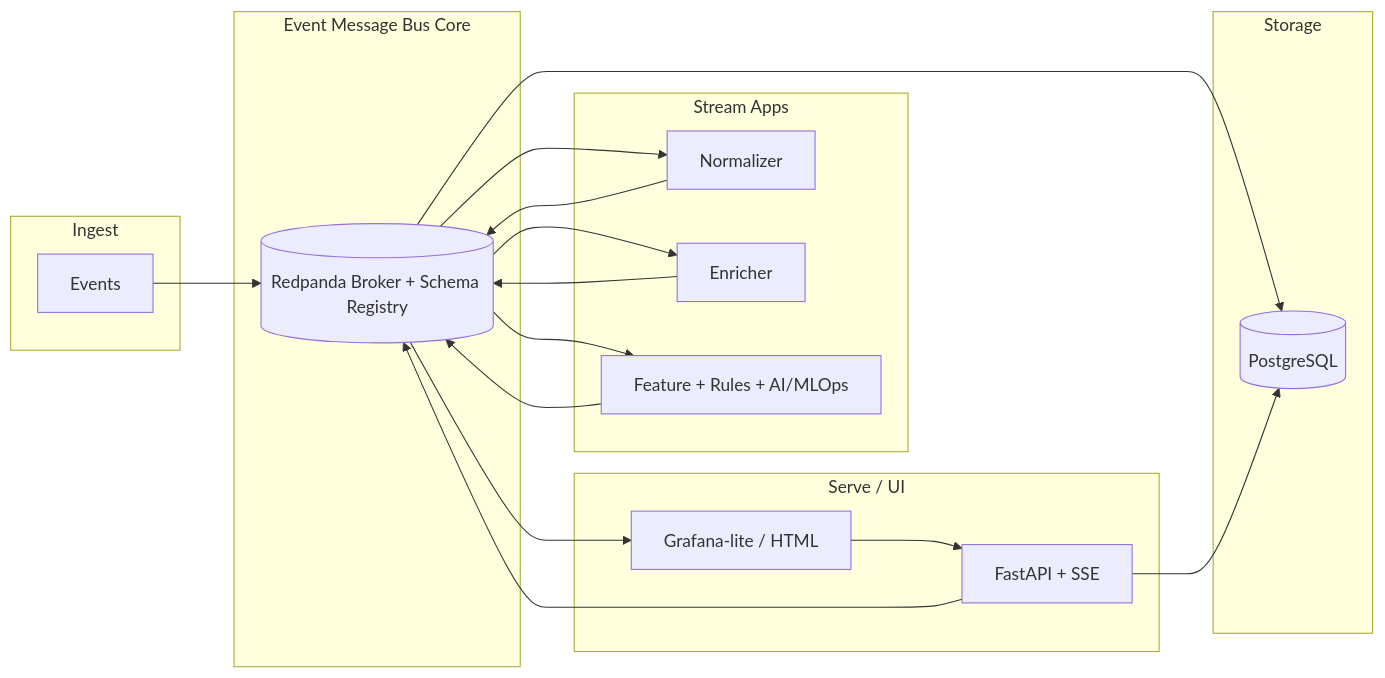
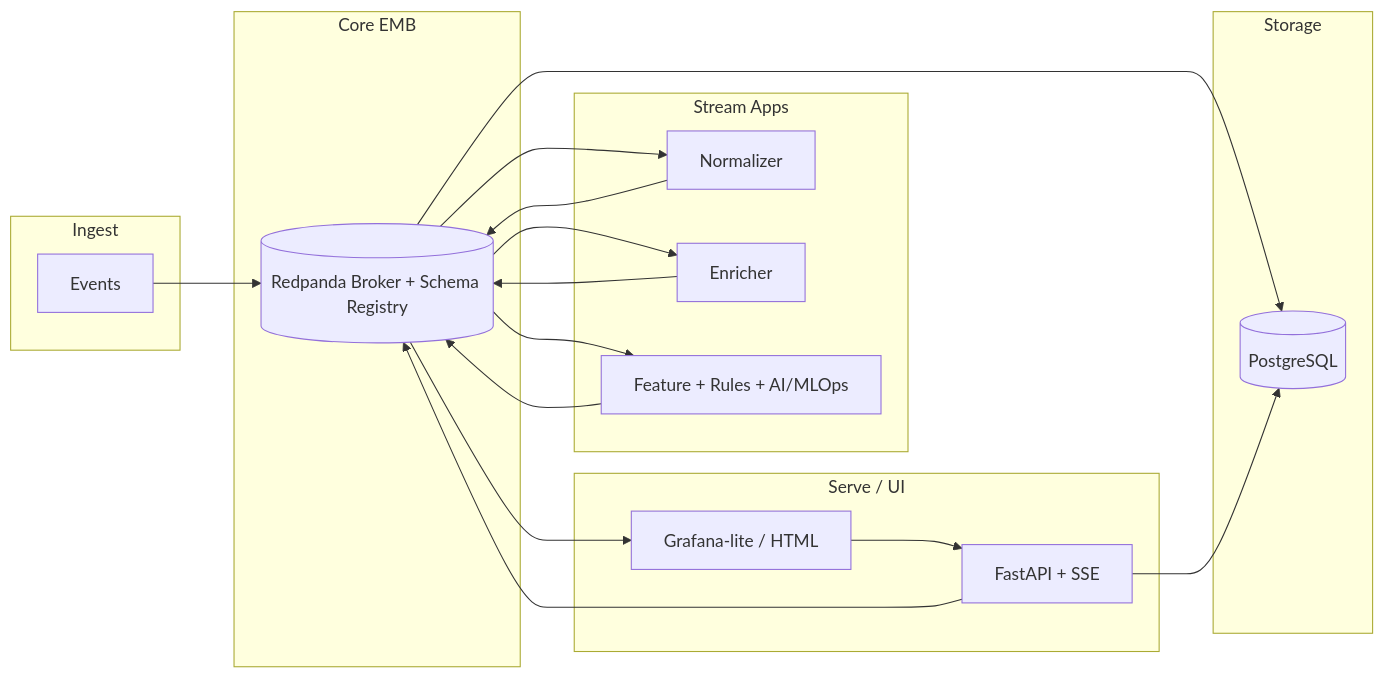
One commit to lILogit/Observio changed the diagram in README.md. Above: the diagram before and after it, drawn with Mermaid. The commit also changed other lines of this file, not shown here.

`````diff
--- a/README.md
+++ b/README.md
@@ -23,35 +23,35 @@
 ```mermaid
 flowchart LR
   subgraph Ingest
     Agent["Events"]
   end
 
-  subgraph Core["Event Message Bus Core"]
+  subgraph Core["Core EMB"]
     Bus[(Redpanda Broker + Schema Registry)]
   end
 
   subgraph Stream["Stream Apps"]
     Norm[Normalizer]
     Enr[Enricher]
     Feat[Feature + Rules + AI/MLOps]
   end
 
   subgraph Storage
     PG[(PostgreSQL)]
   end
 
   subgraph Serve["Serve / UI"]
     API[FastAPI + SSE]
     UI[Grafana-lite / HTML]
   end
 
   Agent --> Bus
   Bus --> Norm --> Bus
   Bus --> Enr --> Bus
   Bus --> Feat --> Bus
   Bus --> PG
   API --> PG
   API --> Bus
   Bus --> UI
   UI --> API
 ````
`````
